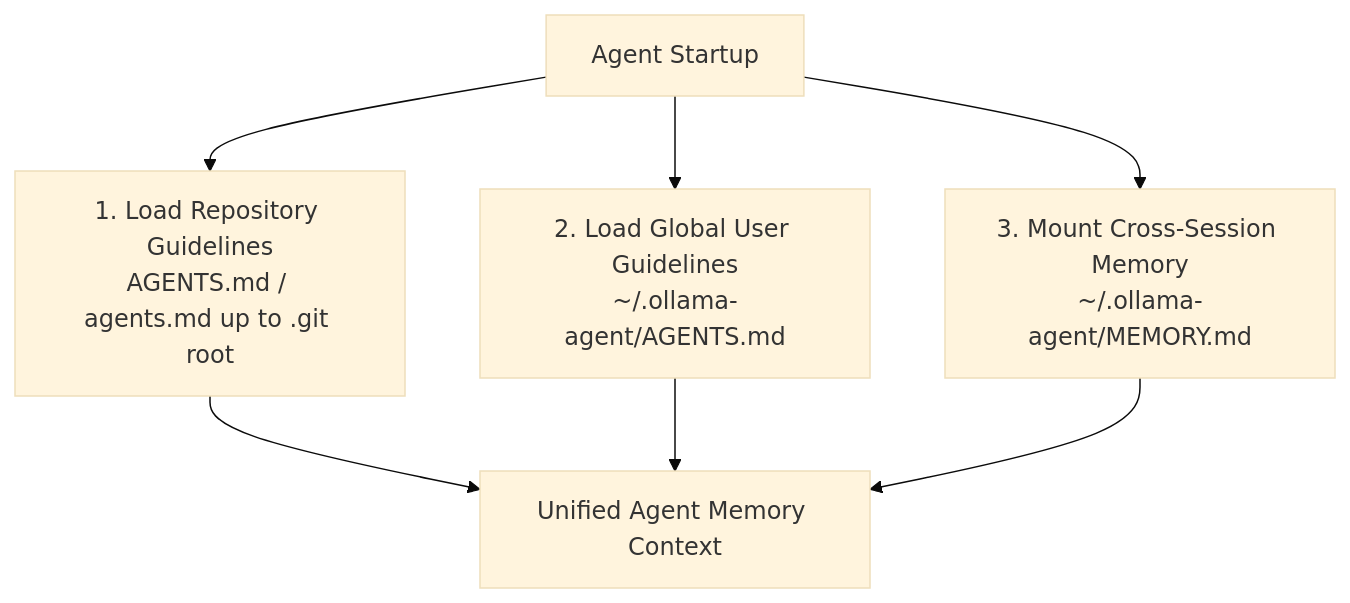
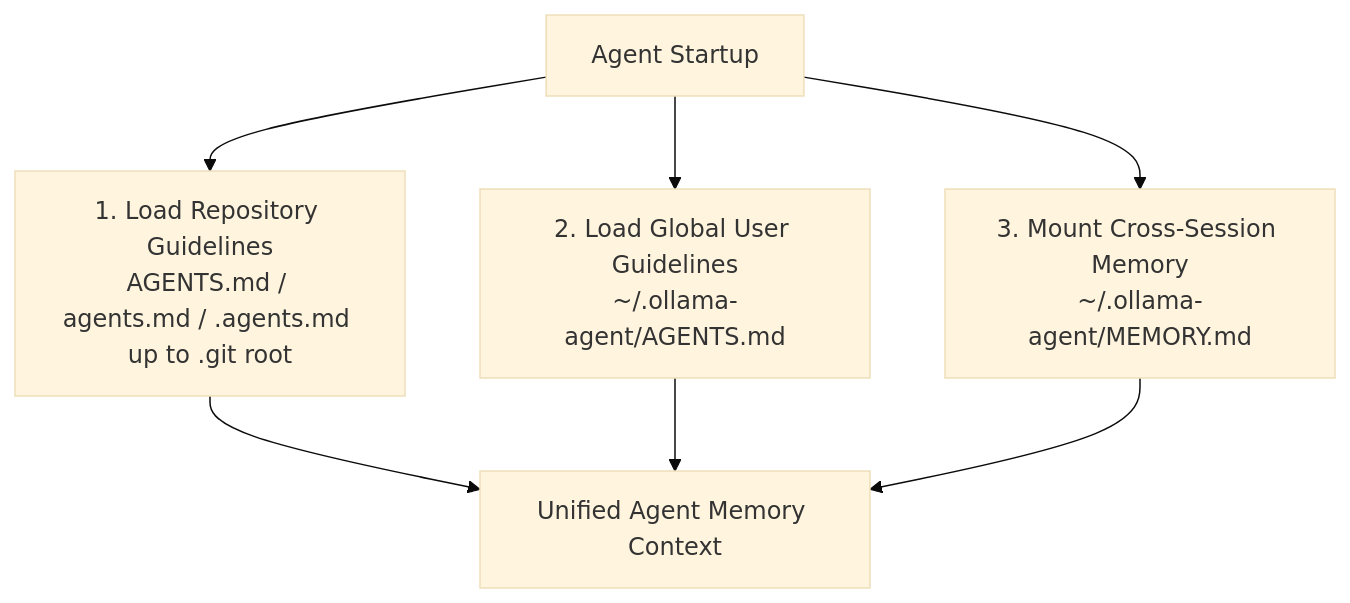
Before and after one commit to arrase/ollama-agent: the second of 3 diagrams in README.md, drawn with Mermaid (base theme). The commit also changed other lines of this file and 8 other files, not shown here.

````diff
--- a/README.md
+++ b/README.md
@@ -431,7 +434,7 @@
 ```mermaid
 flowchart TD
-    A[Agent Startup] --> B[1. Load Repository Guidelines\nAGENTS.md / agents.md up to .git root]
+    A[Agent Startup] --> B[1. Load Repository Guidelines\nAGENTS.md / agents.md / .agents.md up to .git root]
     A --> C[2. Load Global User Guidelines\n~/.ollama-agent/AGENTS.md]
     A --> D[3. Mount Cross-Session Memory\n~/.ollama-agent/MEMORY.md]
     B & C & D --> E[Unified Agent Memory Context]
 ```
````
